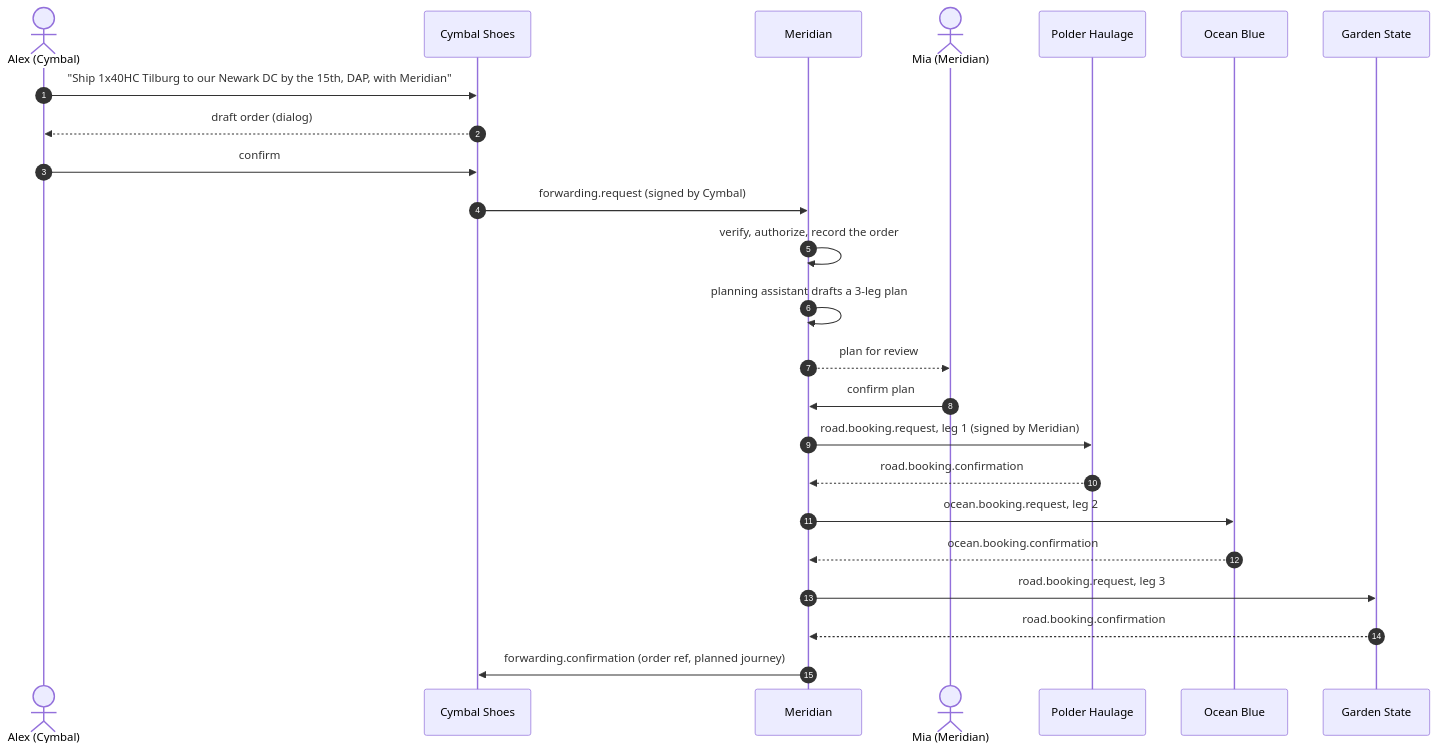
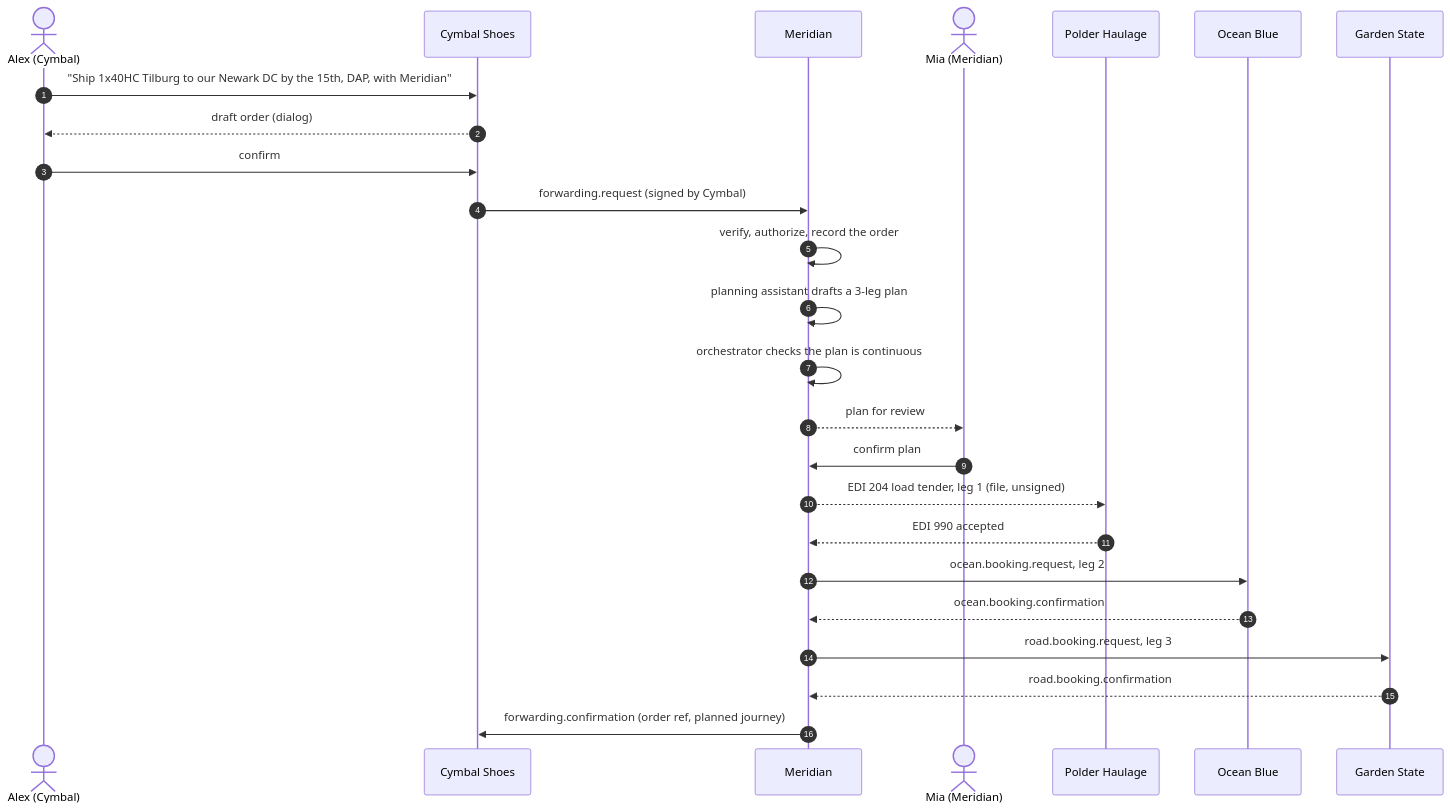
Before and after one commit to go-steer/supercargo: the third of 7 diagrams in docs/proposals/door-to-door-forwarder.md, drawn with Mermaid. The commit also changed other lines of this file and 1 other file, not shown here.

First line of the commit message:
docs(proposals): a legacy carrier, continuity checks, a cold-chain variant

````diff
--- a/docs/proposals/door-to-door-forwarder.md
+++ b/docs/proposals/door-to-door-forwarder.md
@@ -229,27 +302,28 @@
 ```mermaid
 sequenceDiagram
     autonumber
     actor Alex as Alex (Cymbal)
     participant CS as Cymbal Shoes
     participant MF as Meridian
     actor Mia as Mia (Meridian)
     participant PH as Polder Haulage
     participant OB as Ocean Blue
     participant GS as Garden State
 
     Alex->>CS: "Ship 1x40HC Tilburg to our Newark DC by the 15th, DAP, with Meridian"
     CS-->>Alex: draft order (dialog)
     Alex->>CS: confirm
     CS->>MF: forwarding.request (signed by Cymbal)
     MF->>MF: verify, authorize, record the order
     MF->>MF: planning assistant drafts a 3-leg plan
+    MF->>MF: orchestrator checks the plan is continuous
     MF-->>Mia: plan for review
     Mia->>MF: confirm plan
-    MF->>PH: road.booking.request, leg 1 (signed by Meridian)
-    PH-->>MF: road.booking.confirmation
+    MF-->>PH: EDI 204 load tender, leg 1 (file, unsigned)
+    PH-->>MF: EDI 990 accepted
     MF->>OB: ocean.booking.request, leg 2
     OB-->>MF: ocean.booking.confirmation
     MF->>GS: road.booking.request, leg 3
     GS-->>MF: road.booking.confirmation
     MF->>CS: forwarding.confirmation (order ref, planned journey)
 ```
````
